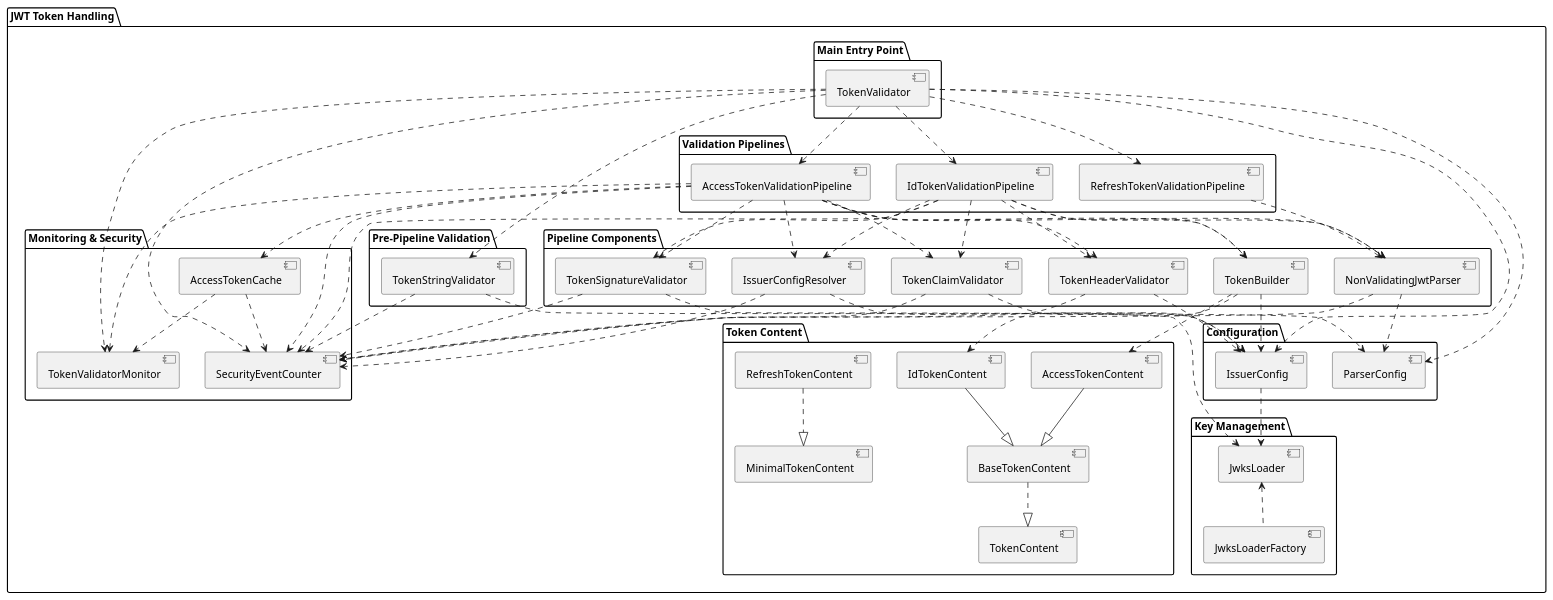
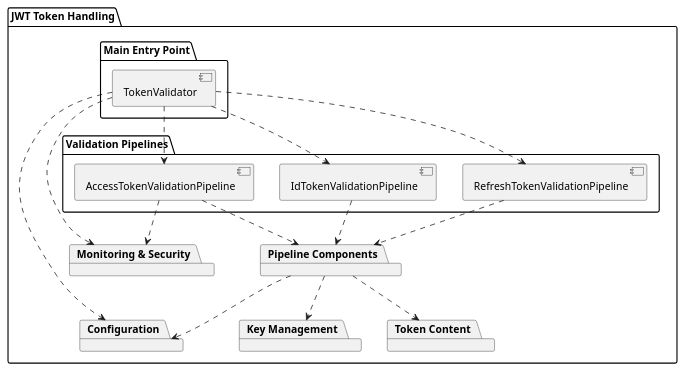
One commit to cuioss/cui-jwt changed the diagram in doc/plantuml/component-overview.puml. Above: the diagram before and after it, drawn with PlantUML. The commit also changed 1 other file, not shown here.

Commit message:
docs: Simplify component-overview diagram to show architectural packages
Reduced component-overview.puml to show high-level architecture:
- Main Entry Point and Validation Pipelines show detailed components
- Other packages (Pipeline Components, Configuration, Key Management,
  Monitoring & Security, Token Content) shown as empty package boxes
- Removed component-overview-detailed.puml (was created by mistake)

Result: Much cleaner overview focusing on main flow while showing
architectural grouping without overwhelming detail.

🤖 Generated with [Claude Code](https://claude.com/claude-code)

```diff
--- a/doc/plantuml/component-overview.puml
+++ b/doc/plantuml/component-overview.puml
@@ -1,115 +1,47 @@
 @startuml
 
 package "JWT Token Handling" {
 
   package "Main Entry Point" {
     [TokenValidator]
-  }
-
-  package "Pre-Pipeline Validation" {
-    [TokenStringValidator]
   }
 
   package "Validation Pipelines" {
     [AccessTokenValidationPipeline]
     [IdTokenValidationPipeline]
     [RefreshTokenValidationPipeline]
   }
 
   package "Pipeline Components" {
-    [NonValidatingJwtParser]
-    [IssuerConfigResolver]
-    [TokenHeaderValidator]
-    [TokenSignatureValidator]
-    [TokenBuilder]
-    [TokenClaimValidator]
   }
 
   package "Configuration" {
-    [ParserConfig]
-    [IssuerConfig]
   }
 
   package "Key Management" {
-    [JwksLoader]
-    [JwksLoaderFactory]
   }
 
   package "Monitoring & Security" {
-    [SecurityEventCounter]
-    [TokenValidatorMonitor]
-    [AccessTokenCache]
   }
 
   package "Token Content" {
-    [AccessTokenContent]
-    [IdTokenContent]
-    [RefreshTokenContent]
-    [BaseTokenContent]
-    [TokenContent]
-    [MinimalTokenContent]
   }
 
-  ' Main dependencies
-  [TokenValidator] ..> [ParserConfig]
-  [TokenValidator] ..> [IssuerConfig]
-  [TokenValidator] ..> [TokenStringValidator]
+  ' Main entry point to pipelines
   [TokenValidator] ..> [AccessTokenValidationPipeline]
   [TokenValidator] ..> [IdTokenValidationPipeline]
   [TokenValidator] ..> [RefreshTokenValidationPipeline]
-  [TokenValidator] ..> [SecurityEventCounter]
-  [TokenValidator] ..> [TokenValidatorMonitor]
 
-  ' Pipeline dependencies
-  [AccessTokenValidationPipeline] ..> [NonValidatingJwtParser]
-  [AccessTokenValidationPipeline] ..> [IssuerConfigResolver]
-  [AccessTokenValidationPipeline] ..> [TokenHeaderValidator]
-  [AccessTokenValidationPipeline] ..> [TokenSignatureValidator]
-  [AccessTokenValidationPipeline] ..> [TokenBuilder]
-  [AccessTokenValidationPipeline] ..> [TokenClaimValidator]
-  [AccessTokenValidationPipeline] ..> [AccessTokenCache]
-  [AccessTokenValidationPipeline] ..> [SecurityEventCounter]
-  [AccessTokenValidationPipeline] ..> [TokenValidatorMonitor]
+  ' Pipelines to other packages
+  [AccessTokenValidationPipeline] ..> "Pipeline Components"
+  [IdTokenValidationPipeline] ..> "Pipeline Components"
+  [RefreshTokenValidationPipeline] ..> "Pipeline Components"
 
-  [IdTokenValidationPipeline] ..> [NonValidatingJwtParser]
-  [IdTokenValidationPipeline] ..> [IssuerConfigResolver]
-  [IdTokenValidationPipeline] ..> [TokenHeaderValidator]
-  [IdTokenValidationPipeline] ..> [TokenSignatureValidator]
-  [IdTokenValidationPipeline] ..> [TokenBuilder]
-  [IdTokenValidationPipeline] ..> [TokenClaimValidator]
-  [IdTokenValidationPipeline] ..> [SecurityEventCounter]
-
-  [RefreshTokenValidationPipeline] ..> [NonValidatingJwtParser]
-
-  ' Component dependencies
-  [IssuerConfigResolver] ..> [IssuerConfig]
-  [IssuerConfigResolver] ..> [SecurityEventCounter]
-  [NonValidatingJwtParser] ..> [ParserConfig]
-  [NonValidatingJwtParser] ..> [SecurityEventCounter]
-  [TokenSignatureValidator] ..> [JwksLoader]
-  [TokenSignatureValidator] ..> [SecurityEventCounter]
-  [TokenHeaderValidator] ..> [IssuerConfig]
-  [TokenHeaderValidator] ..> [SecurityEventCounter]
-  [TokenClaimValidator] ..> [IssuerConfig]
-  [TokenClaimValidator] ..> [SecurityEventCounter]
-  [TokenBuilder] ..> [IssuerConfig]
-  [TokenStringValidator] ..> [ParserConfig]
-  [TokenStringValidator] ..> [SecurityEventCounter]
-
-  ' Key management
-  [IssuerConfig] ..> [JwksLoader]
-  [JwksLoader] <.. [JwksLoaderFactory]
-
-  ' Cache dependencies
-  [AccessTokenCache] ..> [SecurityEventCounter]
-  [AccessTokenCache] ..> [TokenValidatorMonitor]
-
-  ' Token content hierarchy
-  [TokenBuilder] ..> [AccessTokenContent]
-  [TokenBuilder] ..> [IdTokenContent]
-  [AccessTokenContent] --|> [BaseTokenContent]
-  [IdTokenContent] --|> [BaseTokenContent]
-  [BaseTokenContent] ..|> [TokenContent]
-  [RefreshTokenContent] ..|> [MinimalTokenContent]
+  [TokenValidator] ..> "Configuration"
+  "Pipeline Components" ..> "Configuration"
+  "Pipeline Components" ..> "Key Management"
+  [TokenValidator] ..> "Monitoring & Security"
+  [AccessTokenValidationPipeline] ..> "Monitoring & Security"
+  "Pipeline Components" ..> "Token Content"
 }
 @enduml
```
